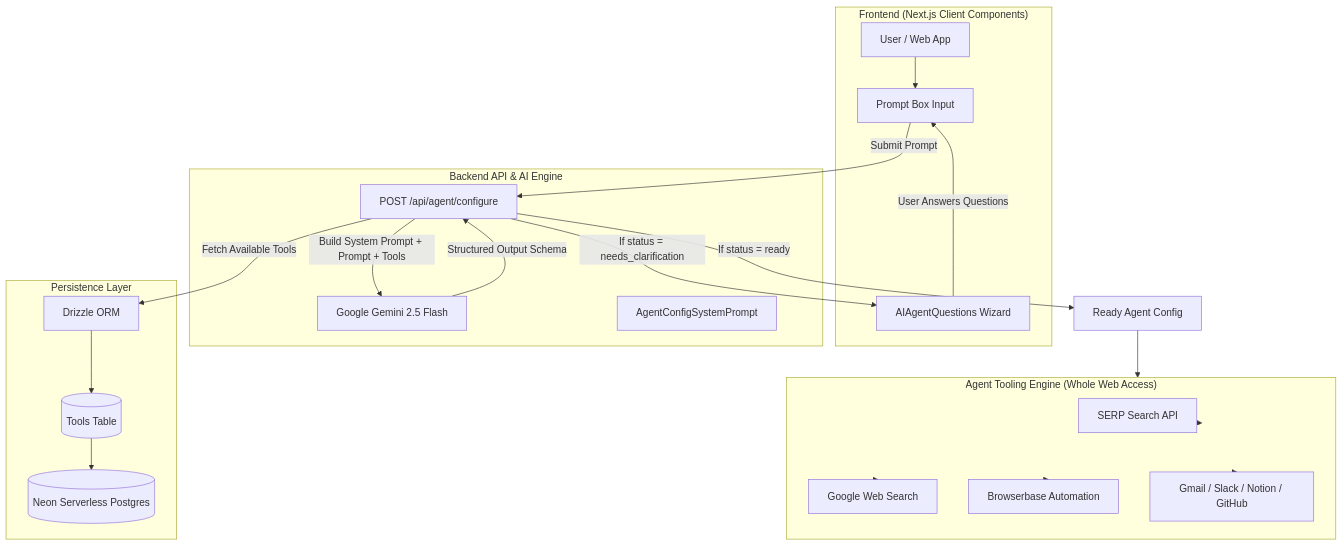
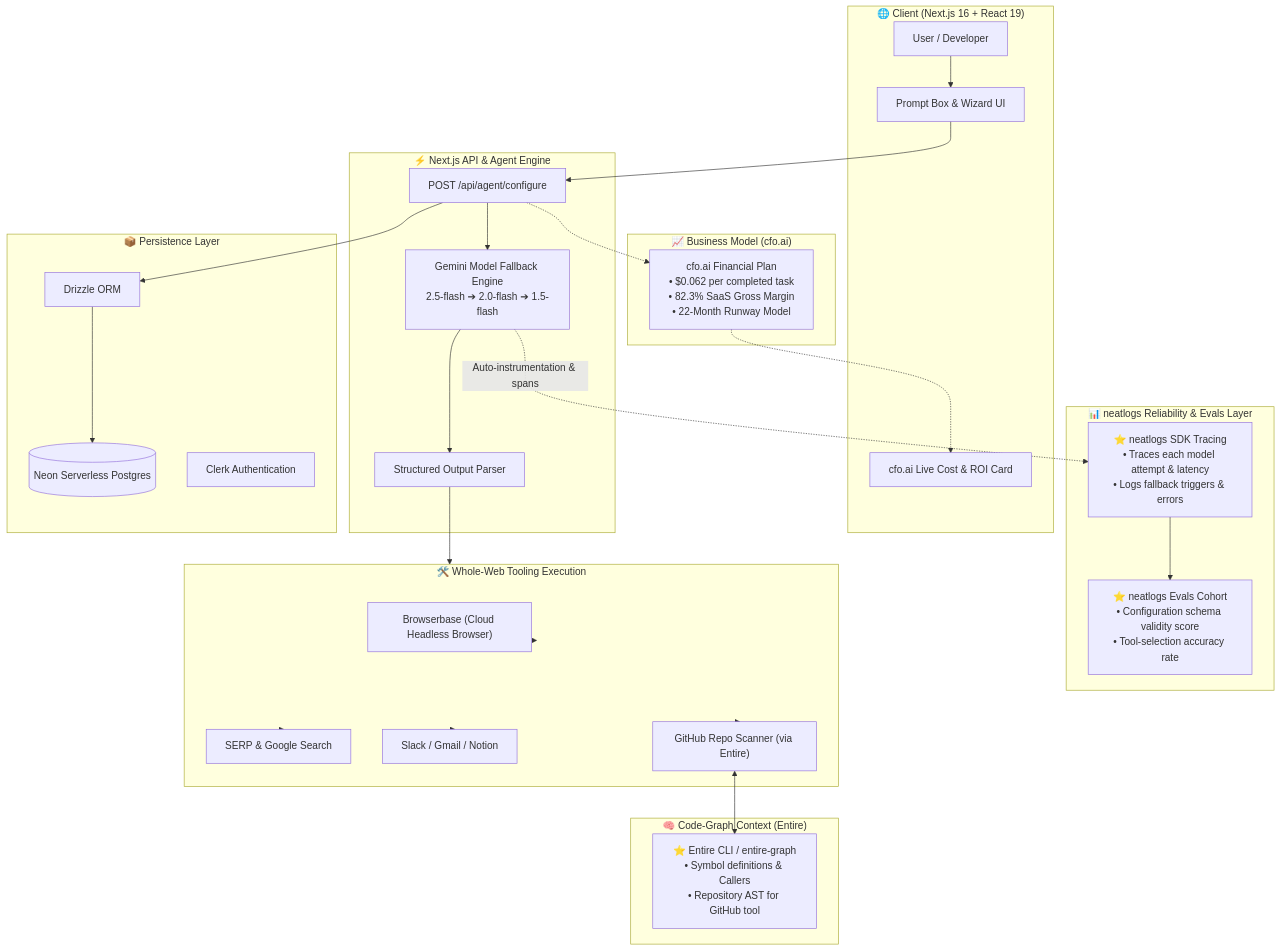
One commit to prakharsingh-74/Groovi-AI changed the diagram in README.md. Above: the diagram before and after it, drawn with Mermaid. The commit also changed other lines of this file and 7 other files, not shown here.

Commit message:
feat: added dashboard layout and pages, integrations, and user context provider

````diff
--- a/README.md
+++ b/README.md
@@ -24,43 +25,55 @@
 ```mermaid
 flowchart TD
-    subgraph Client ["Frontend (Next.js Client Components)"]
-        User["User / Web App"]
-        PromptBox["Prompt Box Input"]
-        QuestionsUI["AIAgentQuestions Wizard"]
+    subgraph Client ["🌐 Client (Next.js 16 + React 19)"]
+        User["User / Developer"]
+        PromptUI["Prompt Box & Wizard UI"]
+        CFOViewer["cfo.ai Live Cost & ROI Card"]
     end
 
-    subgraph Backend ["Backend API & AI Engine"]
+    subgraph BackendEngine ["⚡ Next.js API & Agent Engine"]
         ConfigRoute["POST /api/agent/configure"]
-        GeminiEngine["Google Gemini 2.5 Flash"]
-        SystemPrompt["AgentConfigSystemPrompt"]
+        MultiModelRetry["Gemini Model Fallback Engine<br/>2.5-flash ➔ 2.0-flash ➔ 1.5-flash"]
+        SchemaValidator["Structured Output Parser"]
     end
 
-    subgraph Database ["Persistence Layer"]
+    subgraph ObservabilityLayer ["📊 neatlogs Reliability & Evals Layer"]
+        NeatTracer["⭐ neatlogs SDK Tracing<br/>• Traces each model attempt & latency<br/>• Logs fallback triggers & errors"]
+        NeatEvals["⭐ neatlogs Evals Cohort<br/>• Configuration schema validity score<br/>• Tool-selection accuracy rate"]
+    end
+
+    subgraph ContextEngine ["🧠 Code-Graph Context (Entire)"]
+        EntireGraph["⭐ Entire CLI / entire-graph<br/>• Symbol definitions & Callers<br/>• Repository AST for GitHub tool"]
+    end
+
+    subgraph Persistence ["📦 Persistence Layer"]
         NeonDB[("Neon Serverless Postgres")]
         Drizzle["Drizzle ORM"]
-        ToolsTable[("Tools Table")]
+        Clerk["Clerk Authentication"]
     end
 
-    subgraph Tools ["Agent Tooling Engine (Whole Web Access)"]
-        SERP["SERP Search API"]
-        WebSearch["Google Web Search"]
-        Browserbase["Browserbase Automation"]
-        Integrations["Gmail / Slack / Notion / GitHub"]
+    subgraph ToolsEngine ["🛠️ Whole-Web Tooling Execution"]
+        Browserbase["Browserbase (Cloud Headless Browser)"]
+        WebSearch["SERP & Google Search"]
+        Workspace["Slack / Gmail / Notion"]
+        GitHubTool["GitHub Repo Scanner (via Entire)"]
     end
 
-    User --> PromptBox
-    PromptBox -->|Submit Prompt| ConfigRoute
-    ConfigRoute -->|Fetch Available Tools| Drizzle
-    Drizzle --> ToolsTable
-    ToolsTable --> NeonDB
+    subgraph Economics ["📈 Business Model (cfo.ai)"]
+        CFOModel["cfo.ai Financial Plan<br/>• $0.062 per completed task<br/>• 82.3% SaaS Gross Margin<br/>• 22-Month Runway Model"]
+    end
 
-    ConfigRoute -->|Build System Prompt + Prompt + Tools| GeminiEngine
-    GeminiEngine -->|Structured Output Schema| ConfigRoute
+    User --> PromptUI --> ConfigRoute
+    ConfigRoute --> Drizzle --> NeonDB
+    ConfigRoute --> MultiModelRetry
+    MultiModelRetry -.->|"Auto-instrumentation & spans"| NeatTracer
+    NeatTracer --> NeatEvals
 
-    ConfigRoute -->|If status = needs_clarification| QuestionsUI
-    QuestionsUI -->|User Answers Questions| PromptBox
+    MultiModelRetry --> SchemaValidator
+    SchemaValidator --> ToolsEngine
 
-    ConfigRoute -->|If status = ready| ExecutableAgent["Ready Agent Config"]
-    ExecutableAgent --> Tools
-    Tools --> SERP & WebSearch & Browserbase & Integrations
+    ToolsEngine --> Browserbase & WebSearch & Workspace
+    ToolsEngine --> GitHubTool <--> EntireGraph
+
+    ConfigRoute -.-> CFOModel
+    CFOModel -.-> CFOViewer
 ```
````
